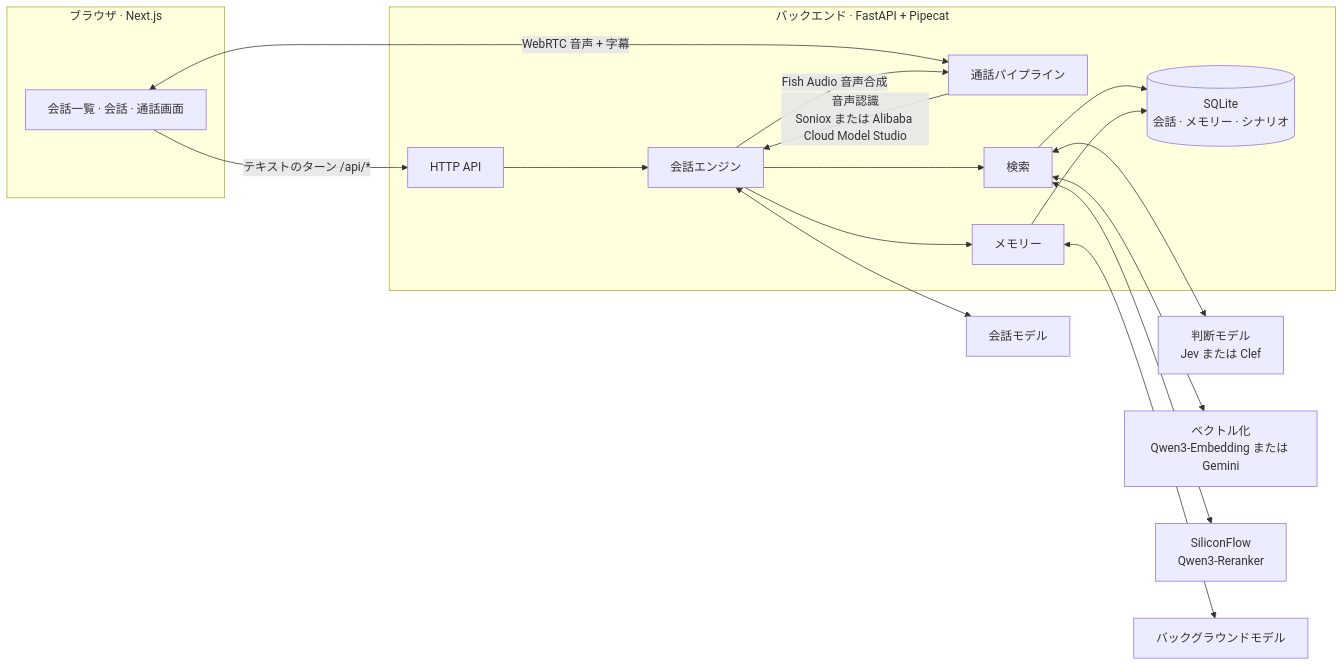
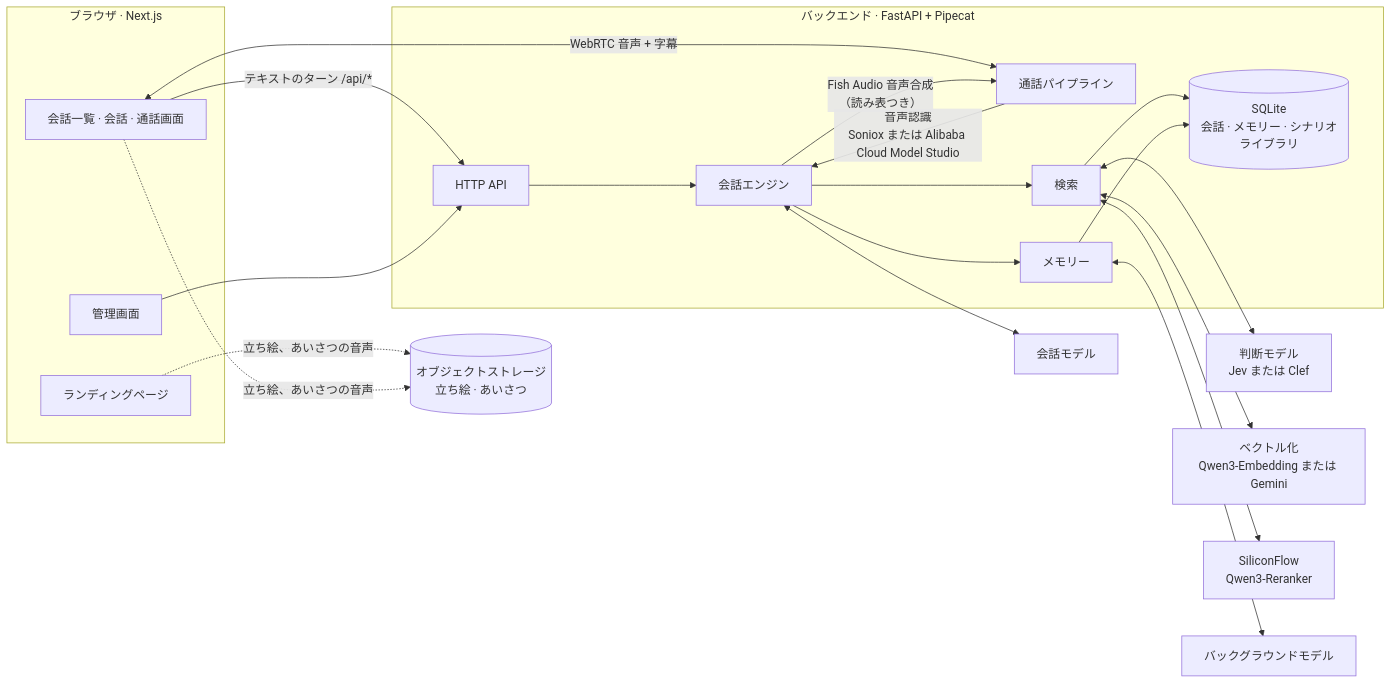
Before and after one commit to 3aKHP/idolum: the diagram in README.ja.md, drawn with Mermaid. The commit also changed other lines of this file and 9 other files, not shown here.

````diff
--- a/README.ja.md
+++ b/README.ja.md
@@ -82,30 +127,36 @@
 ```mermaid
 flowchart LR
     subgraph Browser["ブラウザ · Next.js"]
+        Landing["ランディングページ"]
         UI["会話一覧 · 会話 · 通話画面"]
+        Admin["管理画面"]
     end
 
     subgraph Backend["バックエンド · FastAPI + Pipecat"]
         API["HTTP API"]
         Call["通話パイプライン"]
         Engine["会話エンジン"]
         Retrieval["検索"]
         Memory["メモリー"]
-        DB[("SQLite<br/>会話 · メモリー · シナリオ")]
+        DB[("SQLite<br/>会話 · メモリー · シナリオライブラリ")]
     end
 
+    Bucket[("オブジェクトストレージ<br/>立ち絵 · あいさつ")]
+
     UI -- "テキストのターン /api/*" --> API
+    Admin --> API
     UI <-- "WebRTC 音声 + 字幕" --> Call
+    Landing & UI -. "立ち絵、あいさつの音声" .-> Bucket
     API --> Engine
     Call -- "音声認識<br/>Soniox または Alibaba Cloud Model Studio" --> Engine
-    Engine -- "Fish Audio 音声合成" --> Call
+    Engine -- "Fish Audio 音声合成<br/>（読み表つき）" --> Call
     Engine --> Retrieval
     Engine --> Memory
     Retrieval --> DB
     Memory --> DB
     Engine <--> ChatLLM["会話モデル"]
-    Retrieval <--> Jev["判断モデル<br/>Jev または Clef"]
+    Retrieval <--> Judge["判断モデル<br/>Jev または Clef"]
     Retrieval <--> Emb["ベクトル化<br/>Qwen3-Embedding または Gemini"]
     Retrieval <--> SF["SiliconFlow<br/>Qwen3-Reranker"]
     Memory <--> BgLLM["バックグラウンドモデル"]
 ```
````
